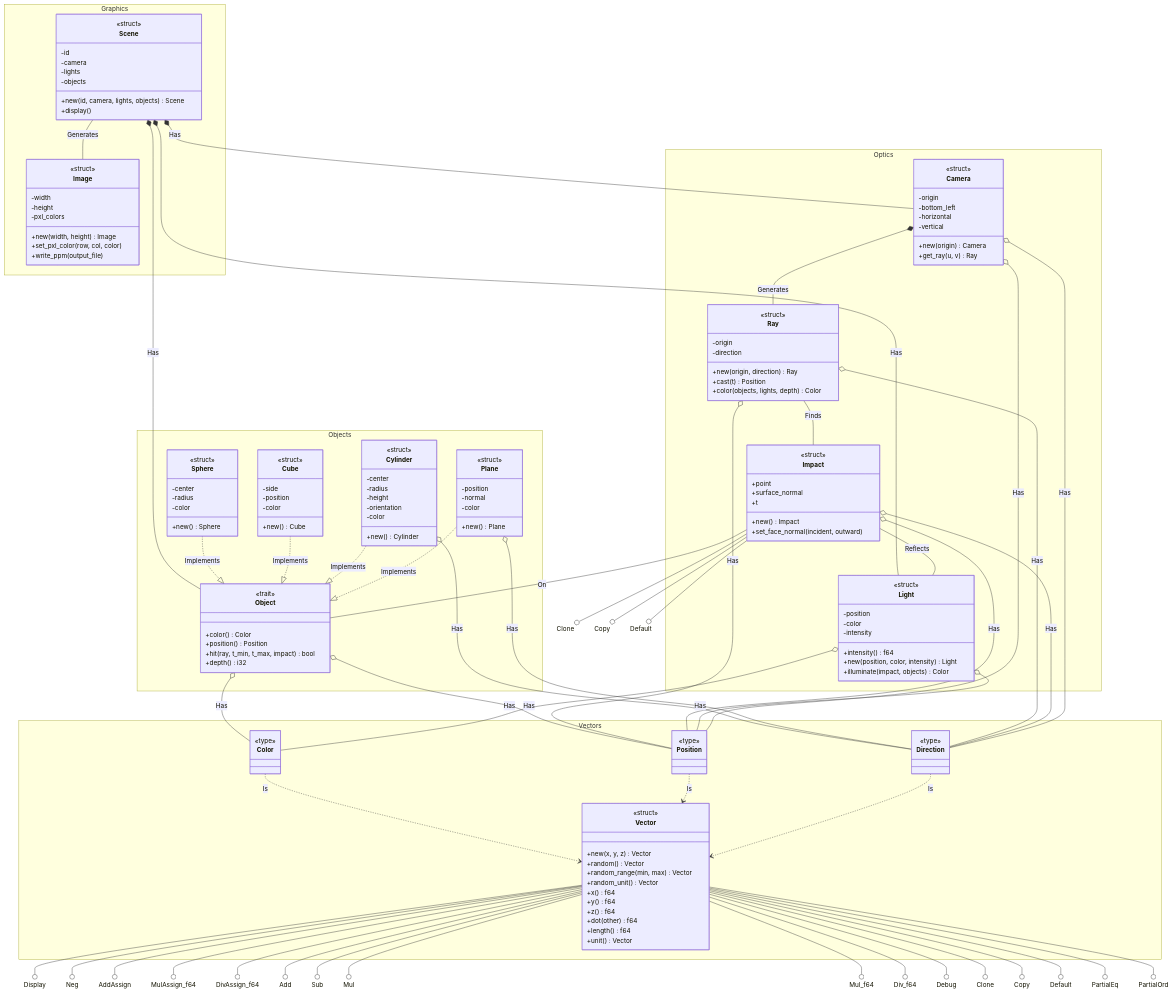
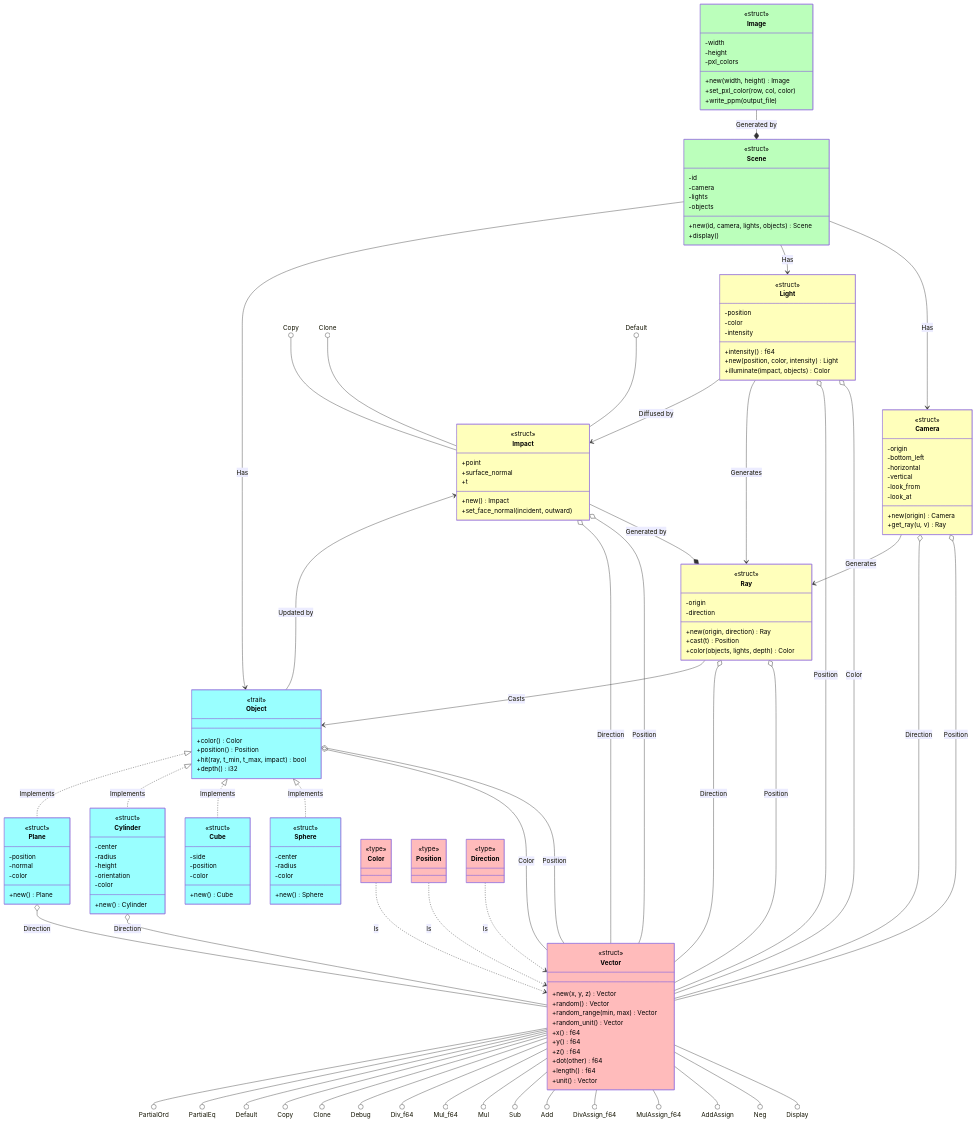
Before and after one commit to D4rkJvck/ray-tracing: the second of 3 diagrams in README.md, drawn with Mermaid. The commit also changed other lines of this file, not shown here.

````diff
--- a/README.md
+++ b/README.md
@@ -181,7 +189,7 @@
 classDiagram
 %% direction LR
 
-namespace Graphics {
+%% namespace Graphics {
   class Image {
     <<struct>>
     -width
@@ -201,15 +209,17 @@
     +new(id, camera, lights, objects) Scene
     +display()
   }
-}
+%% }
 
-namespace Optics {
+%% namespace Optics {
   class Camera {
     <<struct>>
     -origin
     -bottom_left
     -horizontal
     -vertical
+    -look_from
+    -look_at
     +new(origin) Camera
     +get_ray(u, v) Ray
   }
@@ -241,9 +251,9 @@
     +new() Impact
     +set_face_normal(incident, outward)
   }
-}
+%% }
 
-namespace Objects {
+%% namespace Objects {
   class Object {
     <<trait>>
     +color() Color
@@ -285,9 +295,9 @@
     -color
     +new() Plane
   }
-}
+%% }
 
-namespace Vectors {
+%% namespace Vectors {
   class Vector {
     <<struct>>
     +new(x, y, z) Vector
@@ -313,47 +323,49 @@
   class Direction {
     <<type>>
   }
-}
+%% }
 
-Scene -- Image: Generates
-Scene *-- Camera: Has
-Scene *-- Light: Has
-Scene *-- Object: Has
+Scene --> Camera: Has
+Scene --> Light: Has
+Scene --> Object: Has
 
-Camera *-- Ray: Generates
+Image --* Scene: Generated by
 
-Ray -- Impact: Finds
+Camera o-- Vector: Position
+Camera o-- Vector: Direction
+Camera --> Ray: Generates
 
-Impact -- Object: On
-Impact -- Light: Reflects
+Ray o-- Vector: Position
+Ray o-- Vector: Direction
+Impact --* Ray: Generated by
+Ray --> Object: Casts
 
-Color ..> Vector: Is
+Copy ()-- Impact
+Clone ()-- Impact
+Default ()-- Impact
+Impact o-- Vector: Position
+Impact o-- Vector: Direction
+Impact <-- Object: Updated by
+
+Object o-- Vector: Position
+Object o-- Vector: Color
+Object <|.. Sphere: Implements
+Object <|.. Cube: Implements
+Object <|.. Cylinder: Implements
+Object <|.. Plane: Implements
+
+Cylinder o-- Vector: Direction
+
+Plane o-- Vector: Direction
+
+Light o-- Vector: Color
+Light o-- Vector: Position
+Light --> Ray: Generates
+Light --> Impact: Diffused by
+
 Position ..> Vector: Is
 Direction ..> Vector: Is
-
-Sphere ..|> Object: Implements
-Cube ..|> Object: Implements
-Cylinder ..|> Object: Implements
-Plane ..|> Object: Implements
-
-Object o-- Position: Has
-Object o-- Color: Has
-
-Cylinder o-- Direction: Has
-
-Plane o-- Direction: Has
-
-Ray o-- Position: Has
-Ray o-- Direction: Has
-
-Impact o-- Position: Has
-Impact o-- Direction: Has
-
-Light o-- Position: Has
-Light o-- Color: Has
-
-Camera o-- Position: Has
-Camera o-- Direction: Has
+Color ..> Vector: Is
 
 Vector --() Display
 Vector --() Neg
@@ -372,7 +384,22 @@
 Vector --() PartialEq
 Vector --() PartialOrd
 
-Impact --() Clone
-Impact --() Copy
-Impact --() Default
+style Scene fill:#bfb,color:#000
+style Image fill:#bfb,color:#000
+
+style Camera fill:#ffb,color:#000
+style Light fill:#ffb,color:#000
+style Ray fill:#ffb,color:#000
+style Impact fill:#ffb,color:#000
+
+style Object fill:#9ff,color:#000
+style Sphere fill:#9ff,color:#000
+style Cube fill:#9ff,color:#000
+style Cylinder fill:#9ff,color:#000
+style Plane fill:#9ff,color:#000
+
+style Vector fill:#fbb,color:#000
+style Position fill:#fbb,color:#000
+style Direction fill:#fbb,color:#000
+style Color fill:#fbb,color:#000
 ```
````
